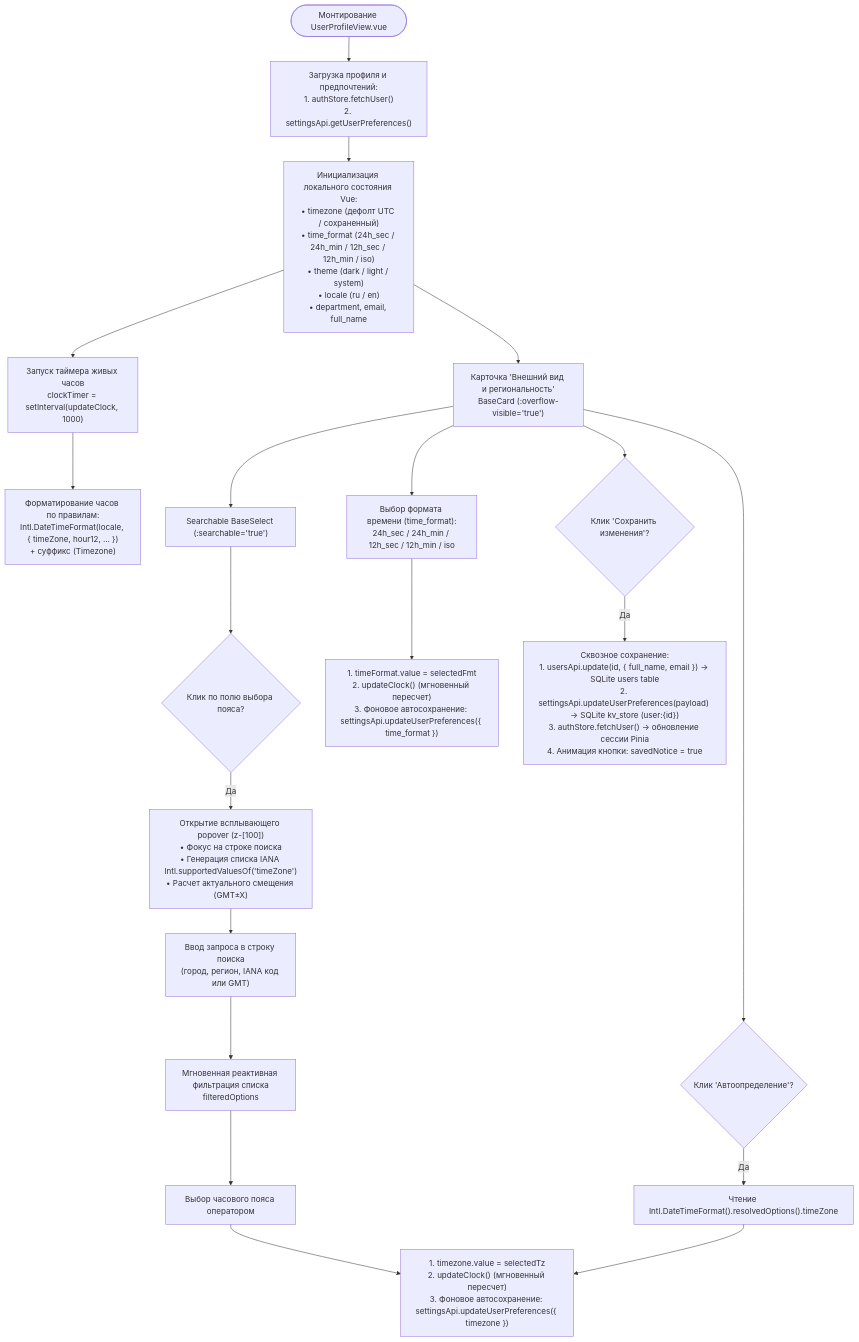
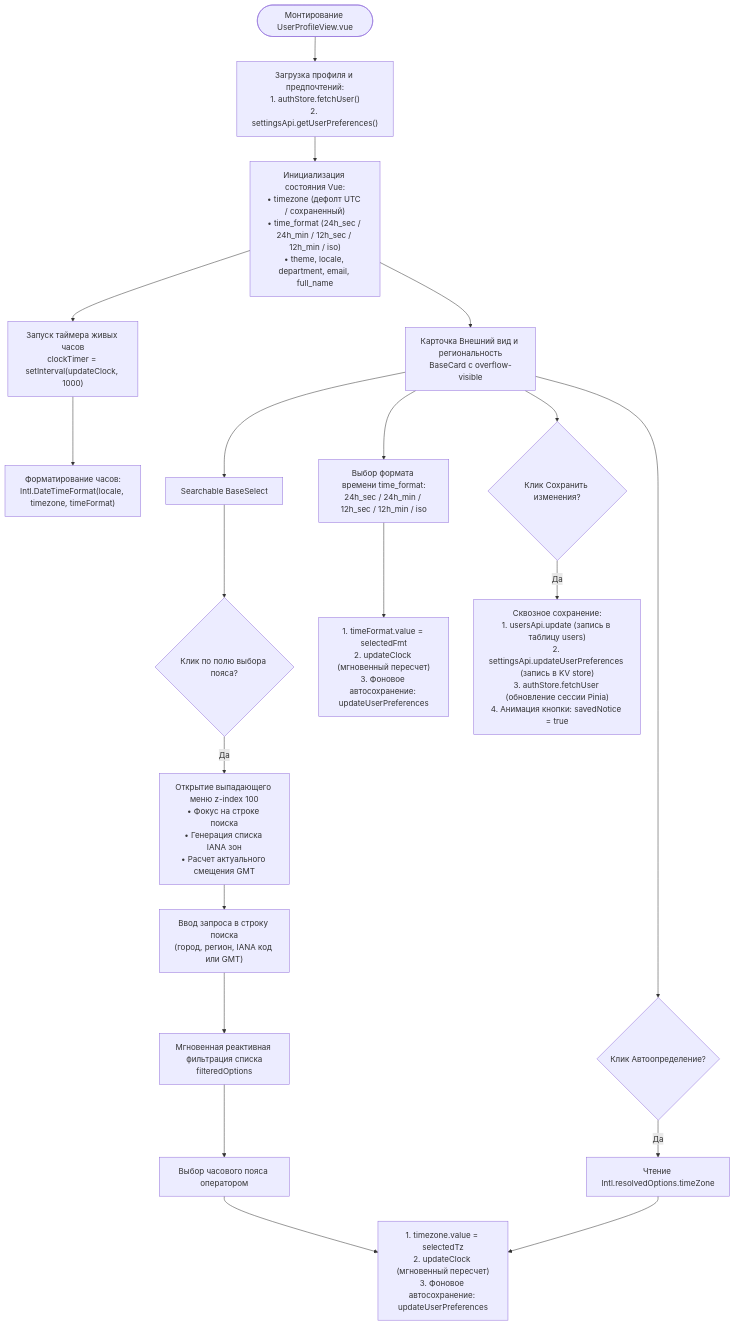
Before and after one commit to Apofixc/AetherCore: the eighth of 9 diagrams in docs/architecture/FrontendArchitecture.md, drawn with Mermaid.

Commit message:
docs: update frontend architecture documentation to reflect current design patterns

````diff
--- a/docs/architecture/FrontendArchitecture.md
+++ b/docs/architecture/FrontendArchitecture.md
@@ -305,26 +305,26 @@
 ```mermaid
 graph TD
     Mount(["Монтирование UserProfileView.vue"]) --> LoadPrefs["Загрузка профиля и предпочтений:<br/>1. authStore.fetchUser()<br/>2. settingsApi.getUserPreferences()"]
-    LoadPrefs --> ApplyState["Инициализация локального состояния Vue:<br/>• timezone (дефолт UTC / сохраненный)<br/>• time_format (24h_sec / 24h_min / 12h_sec / 12h_min / iso)<br/>• theme (dark / light / system)<br/>• locale (ru / en)<br/>• department, email, full_name"]
+    LoadPrefs --> ApplyState["Инициализация состояния Vue:<br/>• timezone (дефолт UTC / сохраненный)<br/>• time_format (24h_sec / 24h_min / 12h_sec / 12h_min / iso)<br/>• theme, locale, department, email, full_name"]
     ApplyState --> StartClock["Запуск таймера живых часов<br/>clockTimer = setInterval(updateClock, 1000)"]
-    StartClock --> RenderClock["Форматирование часов по правилам:<br/>Intl.DateTimeFormat(locale, { timeZone, hour12, ... })<br/>+ суффикс (Timezone)"]
+    StartClock --> RenderClock["Форматирование часов:<br/>Intl.DateTimeFormat(locale, timezone, timeFormat)"]
     %% Взаимодействие с часовым поясом
-    ApplyState --> TimezoneCard["Карточка 'Внешний вид и региональность'<br/>BaseCard (:overflow-visible='true')"]
-    TimezoneCard --> BaseSelectTz["Searchable BaseSelect (:searchable='true')"]
+    ApplyState --> TimezoneCard["Карточка Внешний вид и региональность<br/>BaseCard с overflow-visible"]
+    TimezoneCard --> BaseSelectTz["Searchable BaseSelect"]
     BaseSelectTz --> ClickTzTrigger{"Клик по полю выбора пояса?"}
-    ClickTzTrigger -- "Да" --> OpenDropdown["Открытие всплывающего popover (z-[100])<br/>• Фокус на строке поиска<br/>• Генерация списка IANA Intl.supportedValuesOf('timeZone')<br/>• Расчет актуального смещения (GMT±X)"]
+    ClickTzTrigger -- "Да" --> OpenDropdown["Открытие выпадающего меню z-index 100<br/>• Фокус на строке поиска<br/>• Генерация списка IANA зон<br/>• Расчет актуального смещения GMT"]
     OpenDropdown --> SearchInput["Ввод запроса в строку поиска<br/>(город, регион, IANA код или GMT)"]
     SearchInput --> FilterList["Мгновенная реактивная фильтрация списка<br/>filteredOptions"]
     FilterList --> SelectTzItem["Выбор часового пояса оператором"]
-    SelectTzItem --> UpdateTz["1. timezone.value = selectedTz<br/>2. updateClock() (мгновенный пересчет)<br/>3. Фоновое автосохранение: settingsApi.updateUserPreferences({ timezone })"]
+    SelectTzItem --> UpdateTz["1. timezone.value = selectedTz<br/>2. updateClock (мгновенный пересчет)<br/>3. Фоновое автосохранение: updateUserPreferences"]
     %% Кнопка автоопределения
-    TimezoneCard --> ClickAutoDetect{"Клик 'Автоопределение'?"}
-    ClickAutoDetect -- "Да" --> ReadClientTz["Чтение Intl.DateTimeFormat().resolvedOptions().timeZone"]
+    TimezoneCard --> ClickAutoDetect{"Клик Автоопределение?"}
+    ClickAutoDetect -- "Да" --> ReadClientTz["Чтение Intl.resolvedOptions.timeZone"]
     ReadClientTz --> UpdateTz
     %% Взаимодействие с форматом времени
-    TimezoneCard --> SelectTimeFmt["Выбор формата времени (time_format):<br/>24h_sec / 24h_min / 12h_sec / 12h_min / iso"]
-    SelectTimeFmt --> UpdateFmt["1. timeFormat.value = selectedFmt<br/>2. updateClock() (мгновенный пересчет)<br/>3. Фоновое автосохранение: settingsApi.updateUserPreferences({ time_format })"]
+    TimezoneCard --> SelectTimeFmt["Выбор формата времени time_format:<br/>24h_sec / 24h_min / 12h_sec / 12h_min / iso"]
+    SelectTimeFmt --> UpdateFmt["1. timeFormat.value = selectedFmt<br/>2. updateClock (мгновенный пересчет)<br/>3. Фоновое автосохранение: updateUserPreferences"]
     %% Полное сохранение профиля
-    TimezoneCard --> ClickSaveAll{"Клик 'Сохранить изменения'?"}
-    ClickSaveAll -- "Да" --> SaveChain["Сквозное сохранение:<br/>1. usersApi.update(id, { full_name, email }) -> SQLite users table<br/>2. settingsApi.updateUserPreferences(payload) -> SQLite kv_store (user:{id})<br/>3. authStore.fetchUser() -> обновление сессии Pinia<br/>4. Анимация кнопки: savedNotice = true"]
+    TimezoneCard --> ClickSaveAll{"Клик Сохранить изменения?"}
+    ClickSaveAll -- "Да" --> SaveChain["Сквозное сохранение:<br/>1. usersApi.update (запись в таблицу users)<br/>2. settingsApi.updateUserPreferences (запись в KV store)<br/>3. authStore.fetchUser (обновление сессии Pinia)<br/>4. Анимация кнопки: savedNotice = true"]
 ```
````
